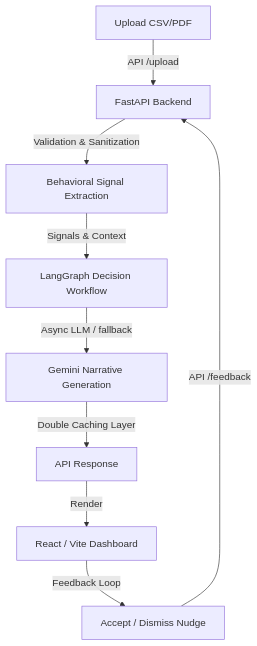
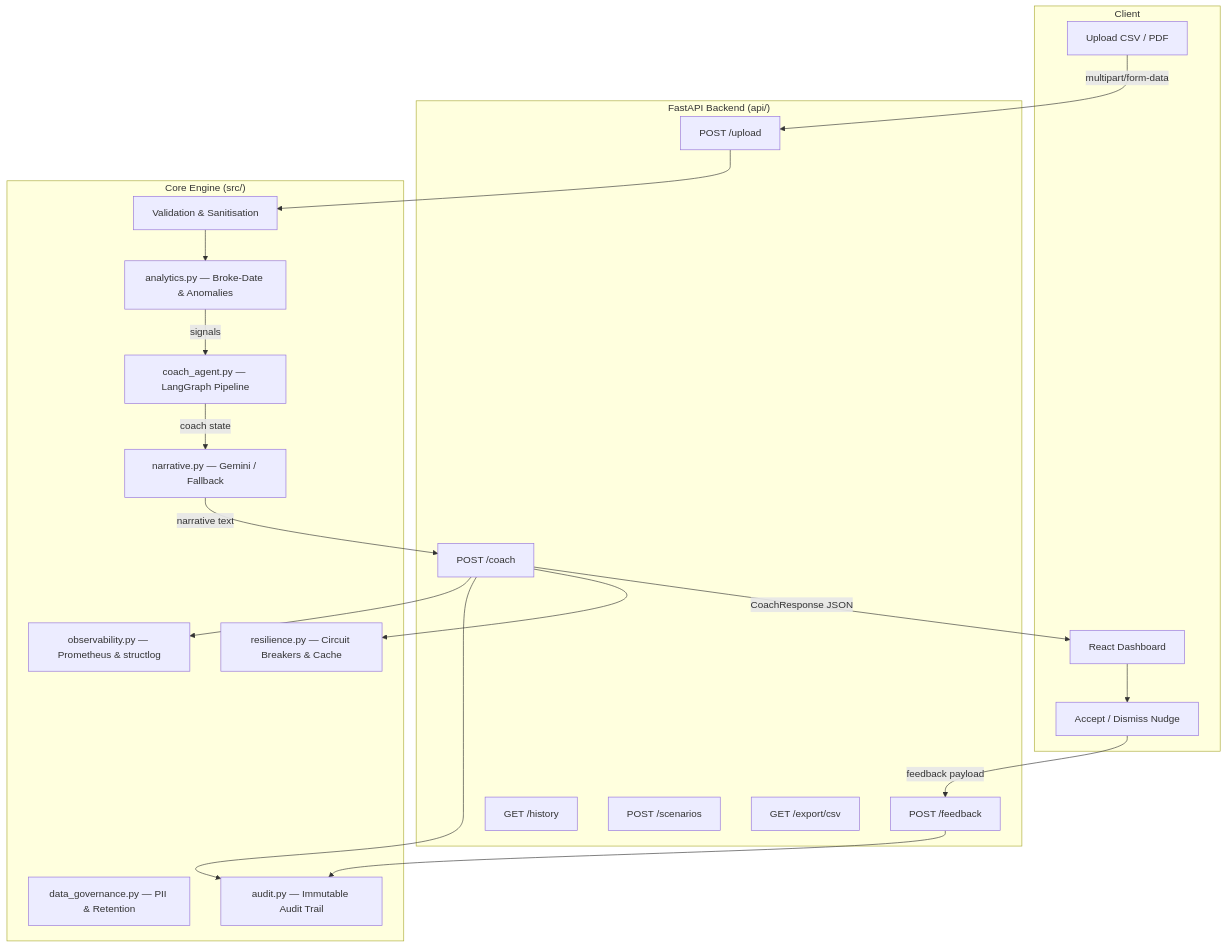
One commit to Yashaswini-V21/UPI-Mirror changed the diagram in README.md. Above: the diagram before and after it, drawn with Mermaid. The commit also changed other lines of this file and 23 other files, not shown here.

````diff
--- a/README.md
+++ b/README.md
@@ -63,11 +75,40 @@
 ```mermaid
 flowchart TD
-    U[Upload CSV/PDF] -->|API /upload| V[FastAPI Backend]
-    V -->|Validation & Sanitization| W[Behavioral Signal Extraction]
-    W -->|Signals & Context| X[LangGraph Decision Workflow]
-    X -->|Async LLM / fallback| Y[Gemini Narrative Generation]
-    Y -->|Double Caching Layer| Z[API Response]
-    Z -->|Render| FE[React / Vite Dashboard]
-    FE -->|Feedback Loop| FB[Accept / Dismiss Nudge]
-    FB -->|API /feedback| V
+    subgraph Client
+        U[Upload CSV / PDF]
+        FE[React Dashboard]
+        FB[Accept / Dismiss Nudge]
+    end
+
+    subgraph API["FastAPI Backend (api/)"]
+        UP[POST /upload]
+        CO[POST /coach]
+        FBK[POST /feedback]
+        HI[GET /history]
+        SC[POST /scenarios]
+        EX[GET /export/csv]
+    end
+
+    subgraph Core["Core Engine (src/)"]
+        VA[Validation & Sanitisation]
+        AN[analytics.py — Broke-Date & Anomalies]
+        AG[coach_agent.py — LangGraph Pipeline]
+        NA[narrative.py — Gemini / Fallback]
+        RE[resilience.py — Circuit Breakers & Cache]
+        DG[data_governance.py — PII & Retention]
+        AU[audit.py — Immutable Audit Trail]
+        OB[observability.py — Prometheus & structlog]
+    end
+
+    U -->|multipart/form-data| UP
+    UP --> VA --> AN
+    AN -->|signals| AG
+    AG -->|coach state| NA
+    NA -->|narrative text| CO
+    CO -->|CoachResponse JSON| FE
+    FE --> FB -->|feedback payload| FBK
+    FBK --> AU
+    CO --> RE
+    CO --> AU
+    CO --> OB
 ```
````
